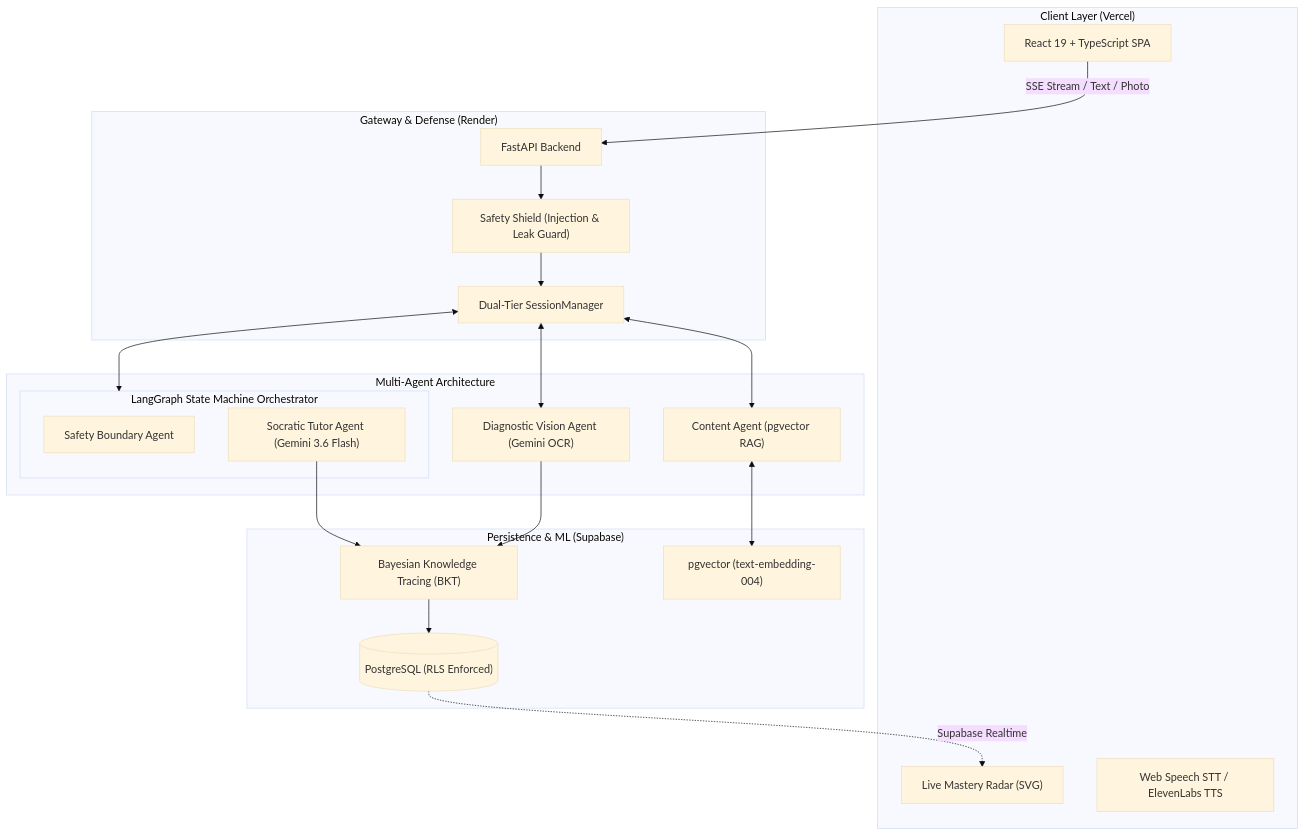
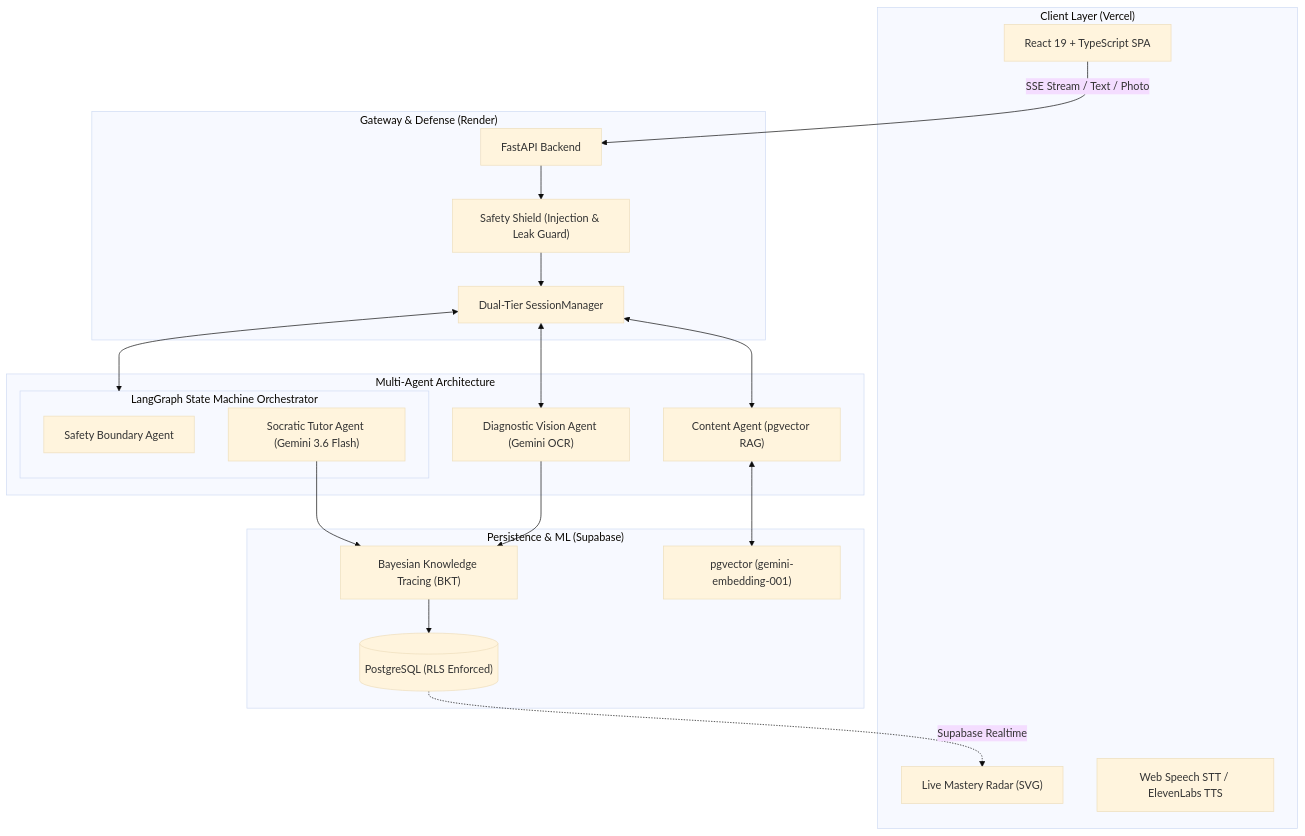
One commit to Susil-commits/Veritas changed the diagram in README.md. Above: the diagram before and after it, drawn with Mermaid (base theme). The commit also changed other lines of this file and 40 other files, not shown here.

````diff
--- a/README.md
+++ b/README.md
@@ -31,40 +31,40 @@
 ```mermaid
 flowchart TD
     subgraph Client ["Client Layer (Vercel)"]
         UI["React 19 + TypeScript SPA"]
         Radar["Live Mastery Radar (SVG)"]
         STT["Web Speech STT / ElevenLabs TTS"]
     end
 
     subgraph API ["Gateway & Defense (Render)"]
         FastAPI["FastAPI Backend"]
         Guard["Safety Shield (Injection & Leak Guard)"]
         SessMgr["Dual-Tier SessionManager"]
     end
 
     subgraph Agents ["Multi-Agent Architecture"]
         subgraph Orchestrator ["LangGraph State Machine Orchestrator"]
             SafetyAgent["Safety Boundary Agent"]
             TutorAgent["Socratic Tutor Agent (Gemini 3.6 Flash)"]
         end
         DiagAgent["Diagnostic Vision Agent (Gemini OCR)"]
         ContentAgent["Content Agent (pgvector RAG)"]
     end
 
     subgraph Data ["Persistence & ML (Supabase)"]
         BKT["Bayesian Knowledge Tracing (BKT)"]
-        PgVector["pgvector (text-embedding-004)"]
+        PgVector["pgvector (gemini-embedding-001)"]
         DB[("PostgreSQL (RLS Enforced)")]
     end
 
     UI -->|SSE Stream / Text / Photo| FastAPI
     FastAPI --> Guard --> SessMgr
     SessMgr <--> Orchestrator
     SessMgr <--> DiagAgent
     SessMgr <--> ContentAgent
     TutorAgent --> BKT
     DiagAgent --> BKT
     BKT --> DB
     ContentAgent <--> PgVector
     DB -.->|Supabase Realtime| Radar
 ```
````
